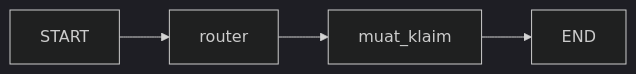
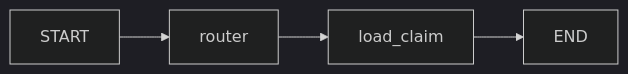
Before and after one commit to bilalbayasut/langgraph-klaim-lab: the third of 13 diagrams in LAB.md, drawn with Mermaid (dark theme). The commit also changed other lines of this file and 78 other files, not shown here.

````diff
--- a/LAB.md
+++ b/LAB.md
@@ -653,4 +653,4 @@
 ```mermaid
 flowchart LR
-  START --> router --> muat_klaim --> END
+  START --> router --> load_claim --> END
 ```
````
